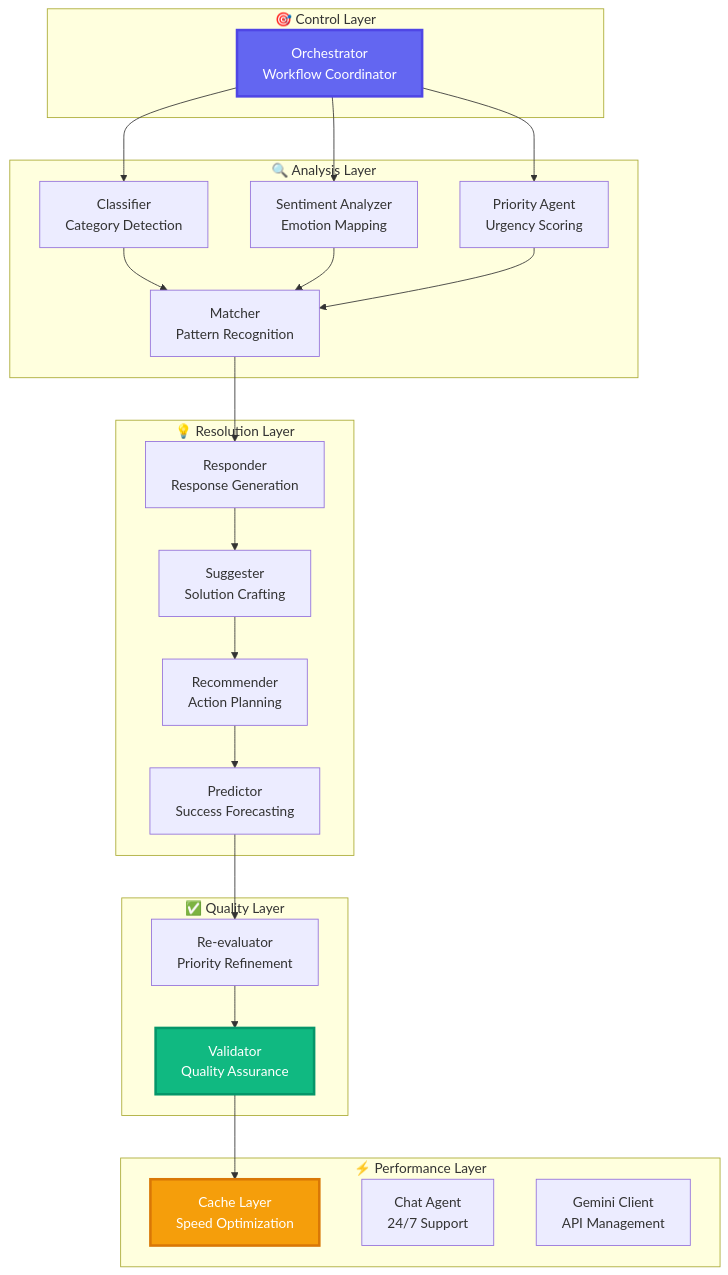
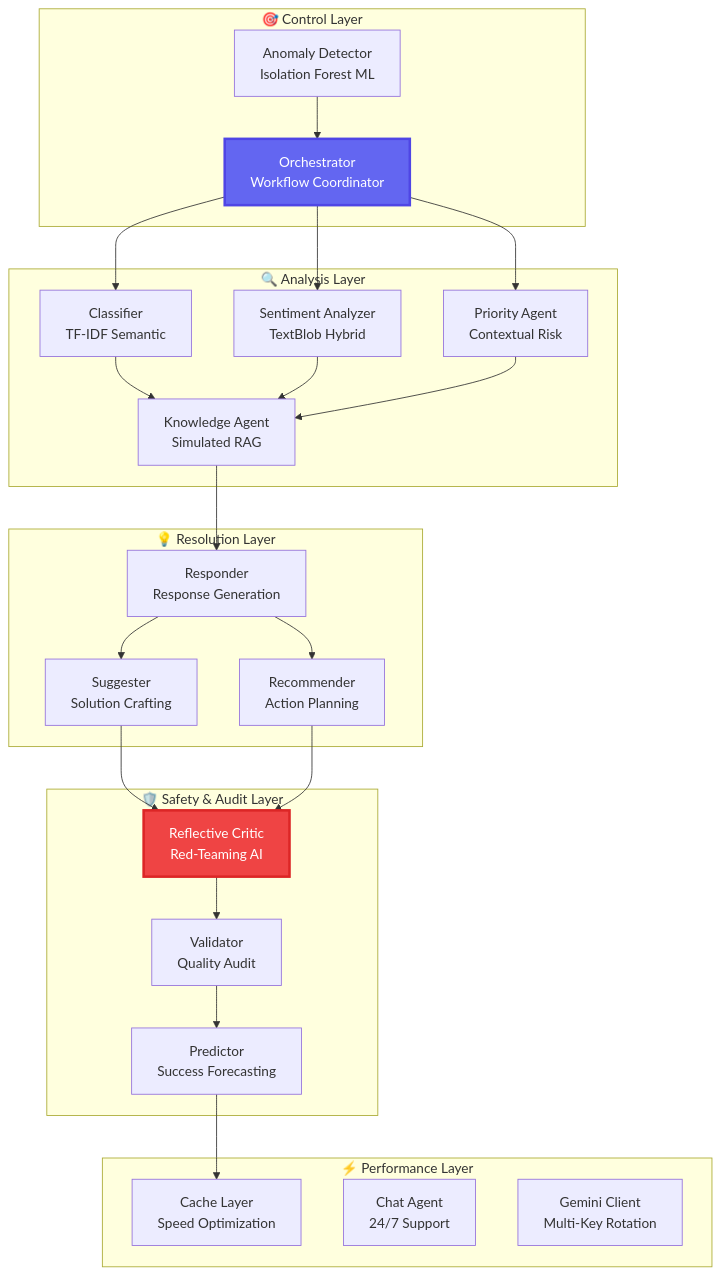
The second of 6 diagrams in README.md (RiteshKumar2e/customer-complaint-agent_new), drawn with Mermaid before and after one commit. The commit also changed other lines of this file and 13 other files, not shown here.

````diff
--- a/README.md
+++ b/README.md
@@ -153,45 +172,45 @@
 ```mermaid
 graph TB
     subgraph "🎯 Control Layer"
         A[Orchestrator<br/>Workflow Coordinator]
+        Z[Anomaly Detector<br/>Isolation Forest ML]
     end
     
     subgraph "🔍 Analysis Layer"
-        B[Classifier<br/>Category Detection]
-        C[Sentiment Analyzer<br/>Emotion Mapping]
-        D[Priority Agent<br/>Urgency Scoring]
-        E[Matcher<br/>Pattern Recognition]
+        B[Classifier<br/>TF-IDF Semantic]
+        C[Sentiment Analyzer<br/>TextBlob Hybrid]
+        D[Priority Agent<br/>Contextual Risk]
+        E[Knowledge Agent<br/>Simulated RAG]
     end
     
     subgraph "💡 Resolution Layer"
         F[Responder<br/>Response Generation]
         G[Suggester<br/>Solution Crafting]
         H[Recommender<br/>Action Planning]
-        I[Predictor<br/>Success Forecasting]
     end
     
-    subgraph "✅ Quality Layer"
-        J[Re-evaluator<br/>Priority Refinement]
-        K[Validator<br/>Quality Assurance]
+    subgraph "🛡️ Safety & Audit Layer"
+        I[Reflective Critic<br/>Red-Teaming AI]
+        J[Validator<br/>Quality Audit]
+        K[Predictor<br/>Success Forecasting]
     end
     
     subgraph "⚡ Performance Layer"
         L[Cache Layer<br/>Speed Optimization]
         M[Chat Agent<br/>24/7 Support]
-        N[Gemini Client<br/>API Management]
+        N[Gemini Client<br/>Multi-Key Rotation]
     end
     
+    Z --> A
     A --> B & C & D
     B & C & D --> E
     E --> F
-    F --> G
-    G --> H
-    H --> I
+    F --> G & H
+    G & H --> I
     I --> J
     J --> K
     K --> L
     
     style A fill:#6366f1,stroke:#4f46e5,stroke-width:3px,color:#fff
-    style K fill:#10b981,stroke:#059669,stroke-width:3px,color:#fff
-    style L fill:#f59e0b,stroke:#d97706,stroke-width:3px,color:#fff
+    style I fill:#ef4444,stroke:#dc2626,stroke-width:3px,color:#fff
 ```
````
